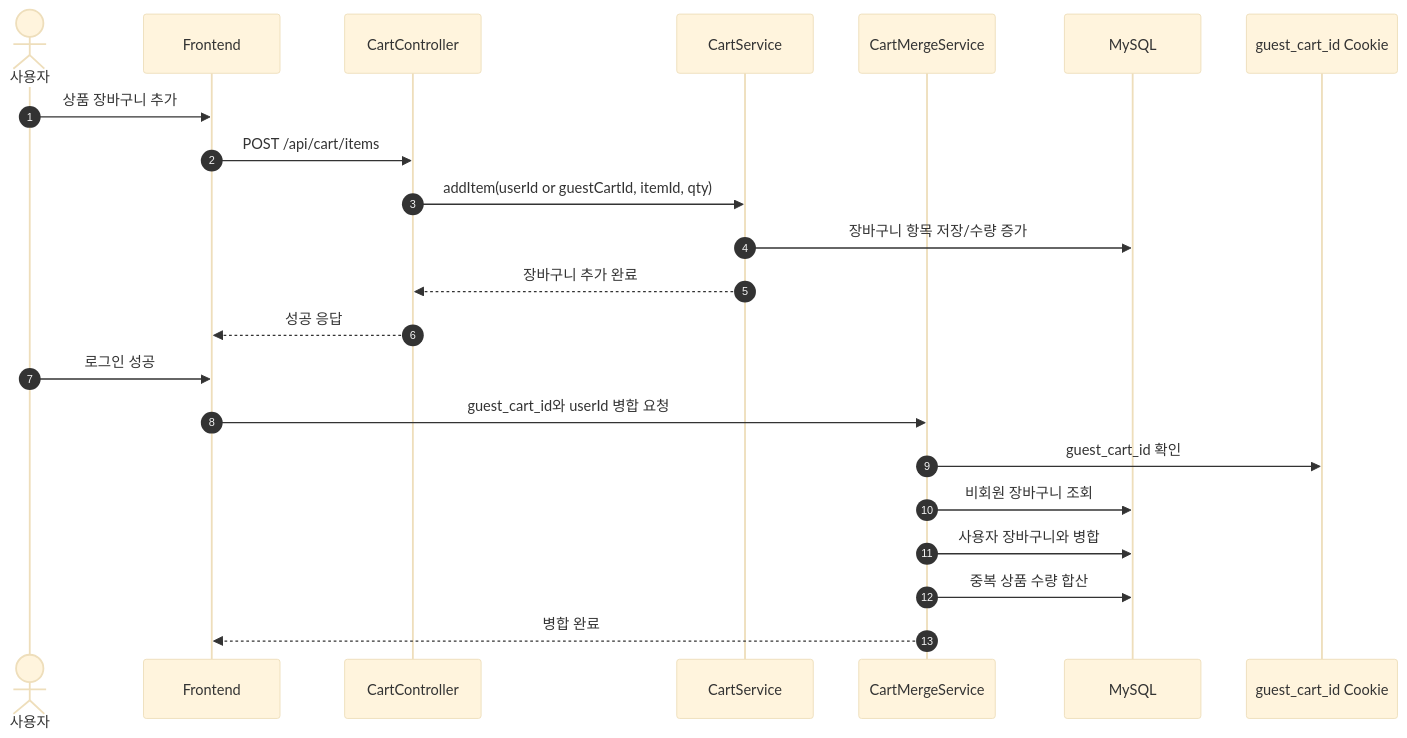
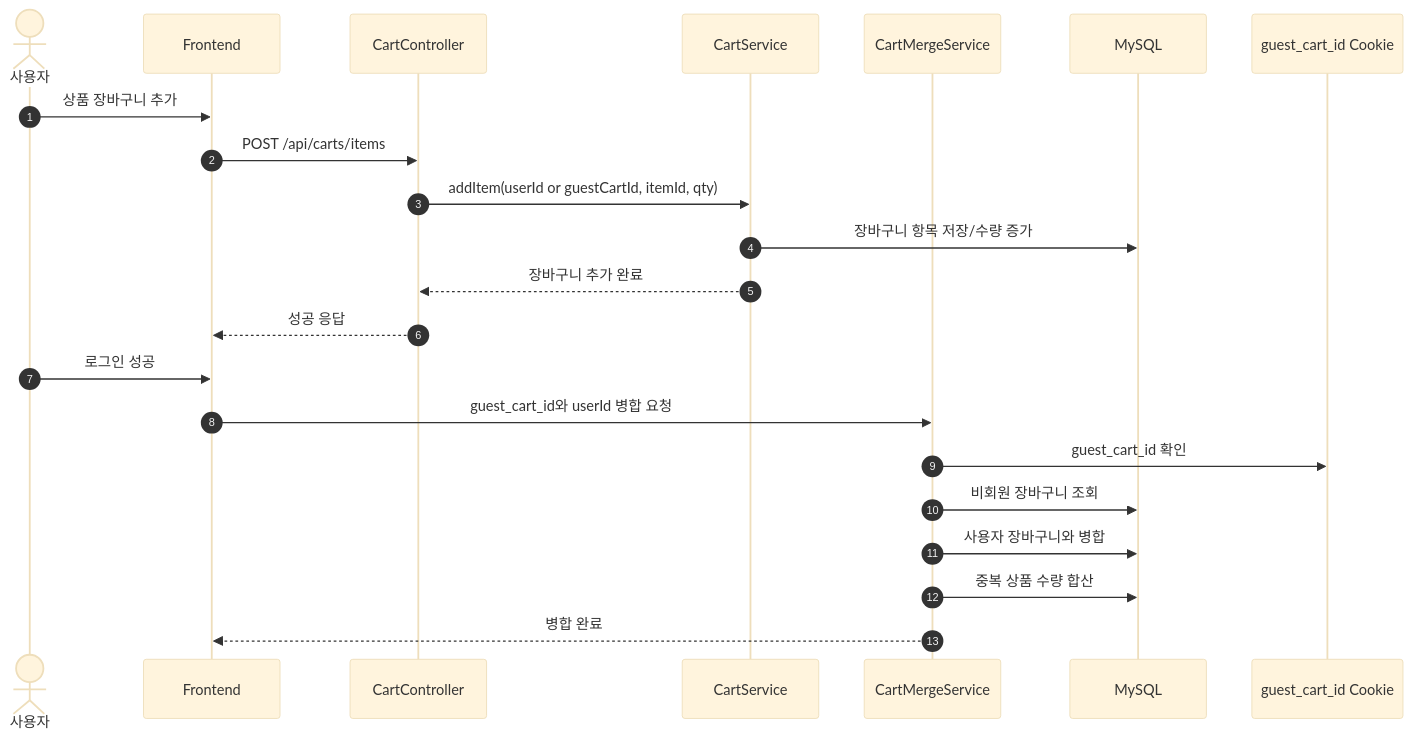
Diagram 14 of 27 in documents/sequence/domain-sequence-diagrams.md (one-stop-project/one-stop-project-docs), drawn with Mermaid (base theme) before and after one commit. The commit also changed other lines of this file and 6 other files, not shown here.

Commit message:
공통 문서(엔티티 관계도·에러코드·플로우·시퀀스) 코드 정합화 및 에러코드 레퍼런스 신설

````diff
--- a/documents/sequence/domain-sequence-diagrams.md
+++ b/documents/sequence/domain-sequence-diagrams.md
@@ -607,26 +607,26 @@
 ```mermaid
 sequenceDiagram
     autonumber
     actor User as 사용자
     participant FE as Frontend
     participant CartController as CartController
     participant CartService as CartService
     participant CartMergeService as CartMergeService
     participant DB as MySQL
     participant Cookie as guest_cart_id Cookie
 
     User->>FE: 상품 장바구니 추가
-    FE->>CartController: POST /api/cart/items
+    FE->>CartController: POST /api/carts/items
     CartController->>CartService: addItem(userId or guestCartId, itemId, qty)
     CartService->>DB: 장바구니 항목 저장/수량 증가
     CartService-->>CartController: 장바구니 추가 완료
     CartController-->>FE: 성공 응답
 
     User->>FE: 로그인 성공
     FE->>CartMergeService: guest_cart_id와 userId 병합 요청
     CartMergeService->>Cookie: guest_cart_id 확인
     CartMergeService->>DB: 비회원 장바구니 조회
     CartMergeService->>DB: 사용자 장바구니와 병합
     CartMergeService->>DB: 중복 상품 수량 합산
     CartMergeService-->>FE: 병합 완료
 ```
````
